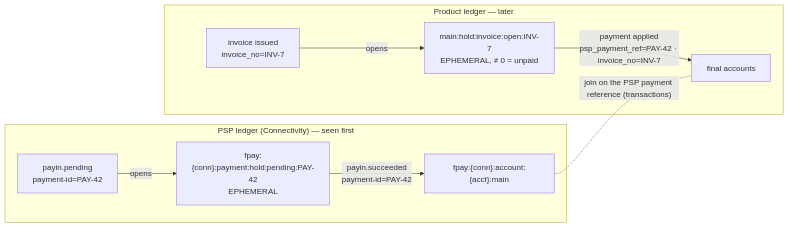
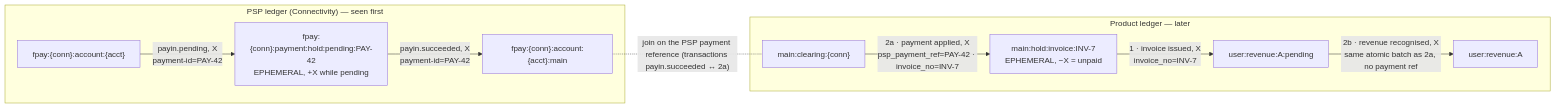
Before and after one commit to formancehq/reconciliation: the first of 2 diagrams in docs/technical/transaction-level-reconciliation.md, drawn with Mermaid. The commit also changed other lines of this file and 1 other file, not shown here.

First line of the commit message:
docs(recon): book the product invoice as the owner does and define an application's amount

````diff
--- a/docs/technical/transaction-level-reconciliation.md
+++ b/docs/technical/transaction-level-reconciliation.md
@@ -32,12 +34,13 @@
 ```mermaid
 flowchart LR
     subgraph Q["PSP ledger (Connectivity) — seen first"]
-      Q1["payin.pending<br/>payment-id=PAY-42"] -->|opens| QH["fpay:{conn}:payment:hold:pending:PAY-42<br/>EPHEMERAL"]
-      QH -->|"payin.succeeded<br/>payment-id=PAY-42"| QF["fpay:{conn}:account:{acct}:main"]
+      QA["fpay:{conn}:account:{acct}"] -->|"payin.pending, X<br/>payment-id=PAY-42"| QH["fpay:{conn}:payment:hold:pending:PAY-42<br/>EPHEMERAL, +X while pending"]
+      QH -->|"payin.succeeded, X<br/>payment-id=PAY-42"| QF["fpay:{conn}:account:{acct}:main"]
     end
     subgraph P["Product ledger — later"]
-      P1["invoice issued<br/>invoice_no=INV-7"] -->|opens| PH["main:hold:invoice:open:INV-7<br/>EPHEMERAL, ≠ 0 = unpaid"]
-      PH -->|"payment applied<br/>psp_payment_ref=PAY-42 · invoice_no=INV-7"| PF["final accounts"]
+      PH["main:hold:invoice:INV-7<br/>EPHEMERAL, −X = unpaid"] -->|"1 · invoice issued, X<br/>invoice_no=INV-7"| PR["user:revenue:A:pending"]
+      PC["main:clearing:{conn}"] -->|"2a · payment applied, X<br/>psp_payment_ref=PAY-42 · invoice_no=INV-7"| PH
+      PR -->|"2b · revenue recognised, X<br/>same atomic batch as 2a, no payment ref"| PF["user:revenue:A"]
     end
-    QF -. "join on the PSP payment reference (transactions)" .- PF
+    QF -. "join on the PSP payment reference (transactions payin.succeeded ↔ 2a)" .- PC
 ```
````
